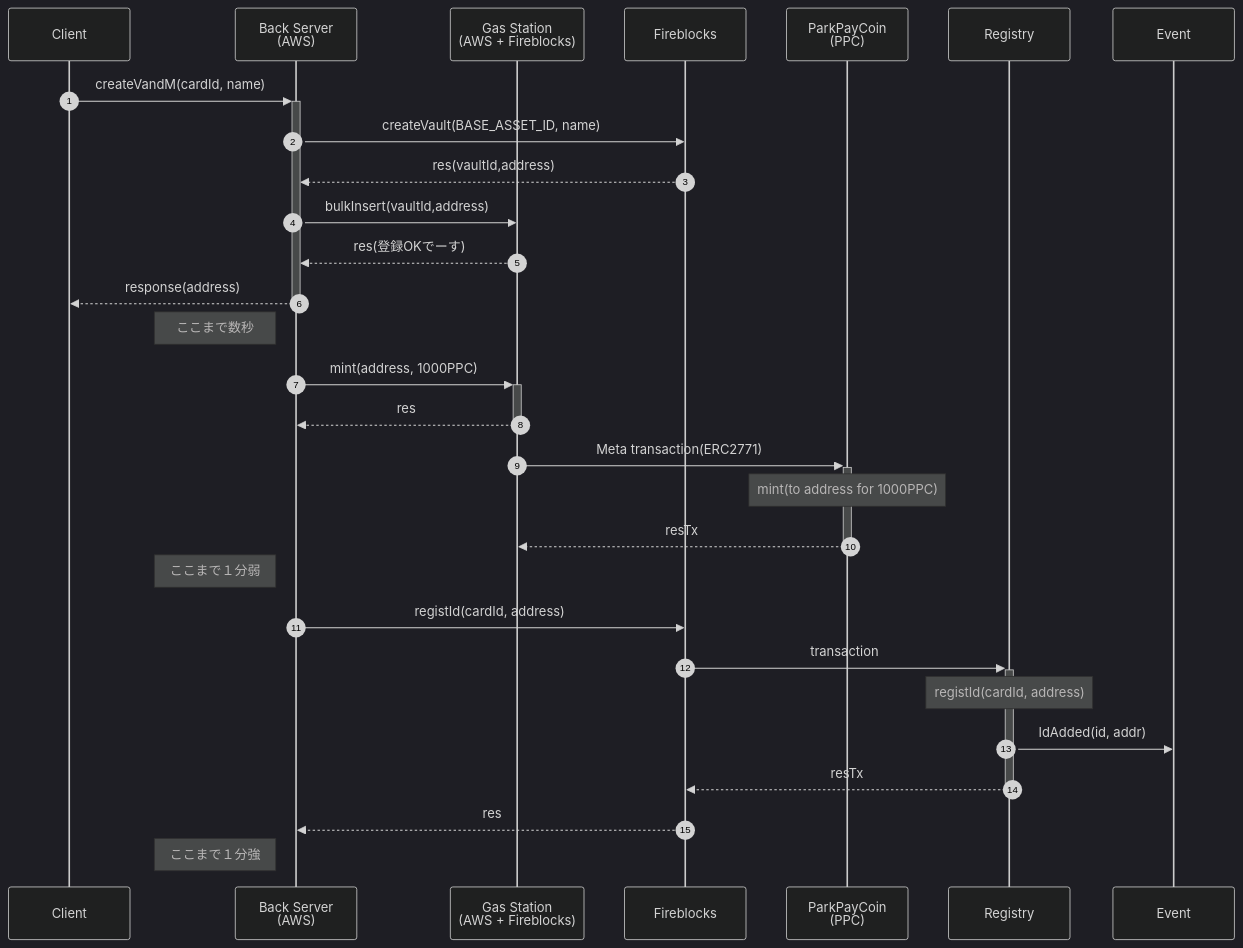
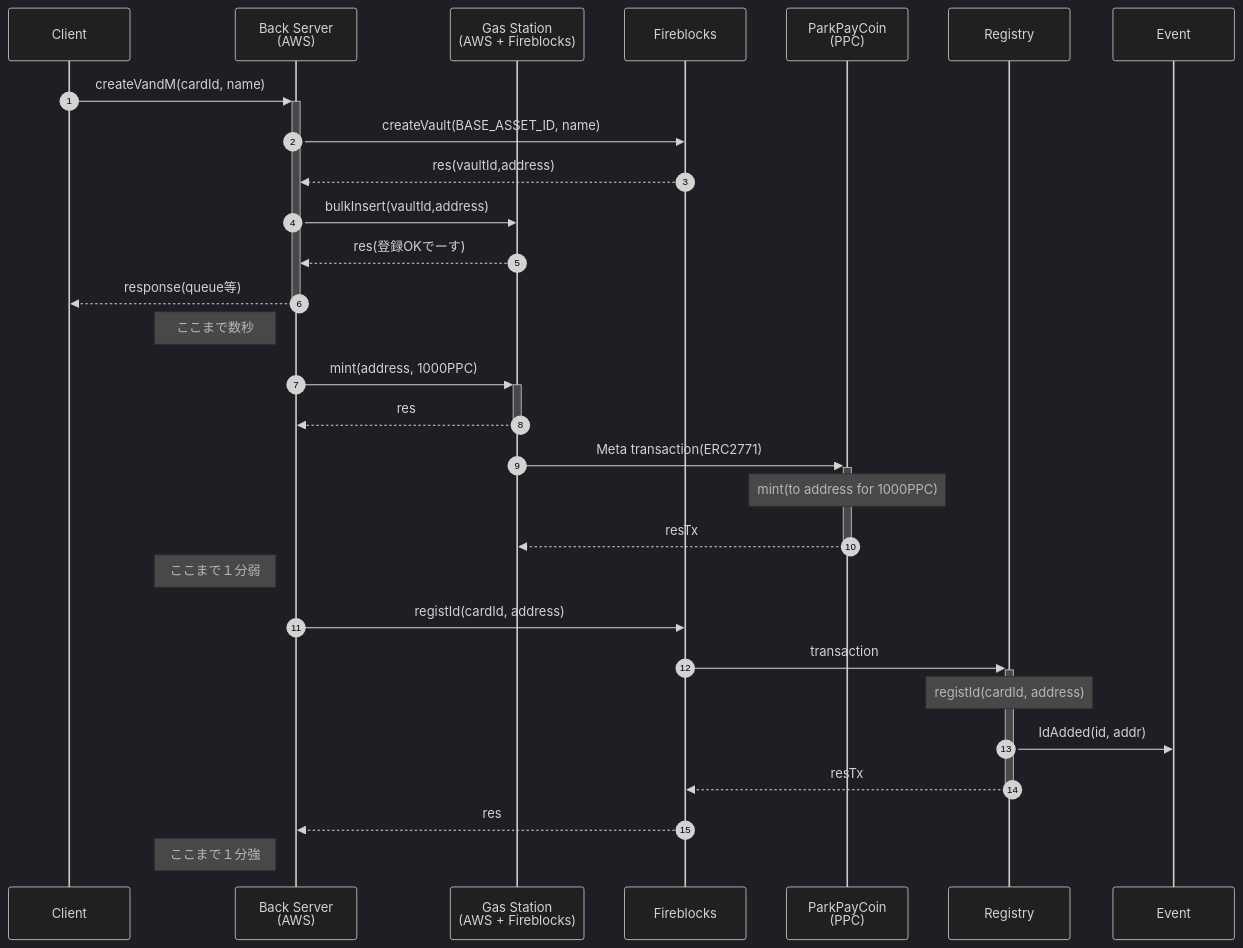
Before and after one commit to mahiroaug/ParkingPayment: the third of 4 diagrams in README.md, drawn with Mermaid (dark theme). The commit also changed other lines of this file, not shown here.

Commit message:
updage README

````diff
--- a/README.md
+++ b/README.md
@@ -380,37 +380,37 @@
 ```mermaid
 sequenceDiagram
 
     participant Client as Client
     participant Back as Back Server<br>(AWS)
     participant GSN as Gas Station<br>(AWS + Fireblocks)
     participant FB as Fireblocks
     participant PPC as ParkPayCoin<br>(PPC)
     participant Registry
     participant Event
     autonumber
 
     Client->>+Back: createVandM(cardId, name)
     Back->>FB: createVault(BASE_ASSET_ID, name)
     FB-->>Back: res(vaultId,address)
     Back->>GSN: bulkInsert(vaultId,address)
     GSN-->>Back: res(登録OKでーす)
-    Back-->>-Client: response(address)
+    Back-->>-Client: response(queue等)
 
     Note left of Back:ここまで数秒
 
     Back->>+GSN: mint(address, 1000PPC)
     GSN-->>-Back: res
     GSN->>+PPC: Meta transaction(ERC2771)
     Note over PPC: mint(to address for 1000PPC)
     PPC-->>-GSN: resTx
 
     Note left of Back:ここまで１分弱
 
     Back->>FB: registId(cardId, address)
     FB->>+Registry: transaction
     Note over Registry: registId(cardId, address)
     Registry->>Event: IdAdded(id, addr)
     Registry-->>-FB: resTx
     FB-->>Back: res
     Note left of Back:ここまで１分強
 ```
````
